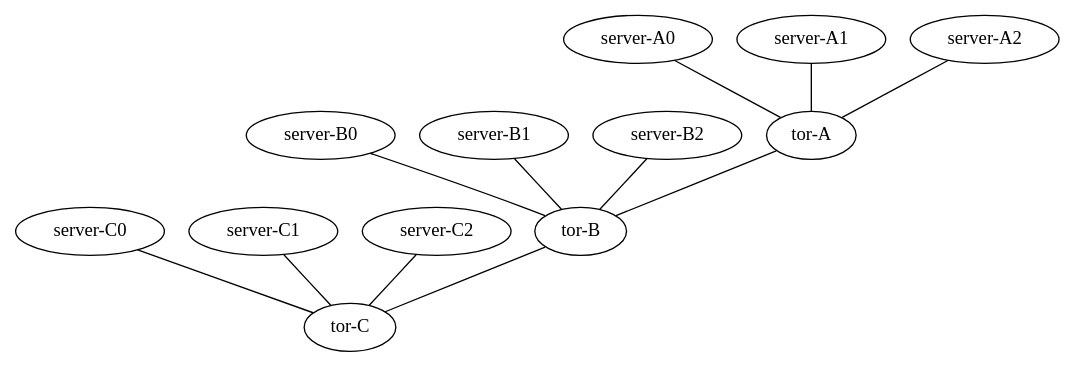
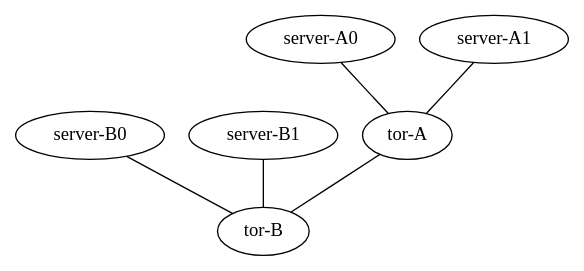
Before and after one commit to datacompucrs/DataCenter-1: the diagram in Vagrant/Get_Started/viewer.dot, drawn with Graphviz. The commit also changed 45 other files, not shown here.

```diff
--- a/Vagrant/Get_Started/viewer.dot
+++ b/Vagrant/Get_Started/viewer.dot
@@ -1,29 +1,16 @@
 graph vx {
 "tor-A" [function="host" vagrant="eth1" os="hashicorp/bionic64" version="1.0.282" memory="600" config="./helper_scripts/config_production_server.sh" ]
 "server-A0" [function="host" vagrant="eth1" os="hashicorp/bionic64" version="1.0.282" memory="600" config="./helper_scripts/config_production_server.sh" ]
 "server-A1" [function="host" vagrant="eth1" os="hashicorp/bionic64" version="1.0.282" memory="600" config="./helper_scripts/config_production_server.sh" ]
-"server-A2" [function="host" vagrant="eth1" os="hashicorp/bionic64" version="1.0.282" memory="600" config="./helper_scripts/config_production_server.sh" ]
 
 "tor-B" [function="host" vagrant="eth1" os="hashicorp/bionic64" version="1.0.282" memory="600" config="./helper_scripts/config_production_server.sh" ]
 "server-B0" [function="host" vagrant="eth1" os="hashicorp/bionic64" version="1.0.282" memory="600" config="./helper_scripts/config_production_server.sh" ]
 "server-B1" [function="host" vagrant="eth1" os="hashicorp/bionic64" version="1.0.282" memory="600" config="./helper_scripts/config_production_server.sh" ]
-"server-B2" [function="host" vagrant="eth1" os="hashicorp/bionic64" version="1.0.282" memory="600" config="./helper_scripts/config_production_server.sh" ]
-
-"tor-C" [function="host" vagrant="eth1" os="hashicorp/bionic64" version="1.0.282" memory="600" config="./helper_scripts/config_production_server.sh" ]
-"server-C0" [function="host" vagrant="eth1" os="hashicorp/bionic64" version="1.0.282" memory="600" config="./helper_scripts/config_production_server.sh" ]
-"server-C1" [function="host" vagrant="eth1" os="hashicorp/bionic64" version="1.0.282" memory="600" config="./helper_scripts/config_production_server.sh" ]
-"server-C2" [function="host" vagrant="eth1" os="hashicorp/bionic64" version="1.0.282" memory="600" config="./helper_scripts/config_production_server.sh" ]
 
 "server-A0":"eth1" -- "tor-A":"eth1" [left_mac="00:01:00:11:11:01"][right_mac="00:10:00:11:11:01"]
 "server-A1":"eth1" -- "tor-A":"eth2" [left_mac="00:01:00:22:22:02"][right_mac="00:10:00:22:22:02"]
-"server-A2":"eth1" -- "tor-A":"eth3" [left_mac="00:01:00:33:33:03"][right_mac="00:10:00:33:33:03"]
 "server-B0":"eth1" -- "tor-B":"eth1" [left_mac="00:02:00:11:11:01"][right_mac="00:20:00:11:11:01"]
 "server-B1":"eth1" -- "tor-B":"eth2" [left_mac="00:02:00:22:22:02"][right_mac="00:20:00:22:22:02"]
-"server-B2":"eth1" -- "tor-B":"eth3" [left_mac="00:02:00:33:33:03"][right_mac="00:20:00:33:33:03"]
-"server-C0":"eth1" -- "tor-C":"eth1" [left_mac="00:03:00:11:11:01"][right_mac="00:30:00:11:11:01"]
-"server-C1":"eth1" -- "tor-C":"eth2" [left_mac="00:03:00:22:22:02"][right_mac="00:30:00:22:22:02"]
-"server-C2":"eth1" -- "tor-C":"eth3" [left_mac="00:03:00:33:33:03"][right_mac="00:30:00:33:33:03"]
-"tor-A":"eth4" -- "tor-B":"eth4" [left_mac="00:40:00:00:00:44"][right_mac="00:40:00:00:00:00"]
-"tor-B":"eth5" -- "tor-C":"eth5" [left_mac="00:50:00:00:00:55"][right_mac="00:50:00:00:00:00"]
+"tor-A":"eth3" -- "tor-B":"eth3" [left_mac="00:30:00:00:00:33"][right_mac="00:30:00:00:00:00"]
 
 }
```
